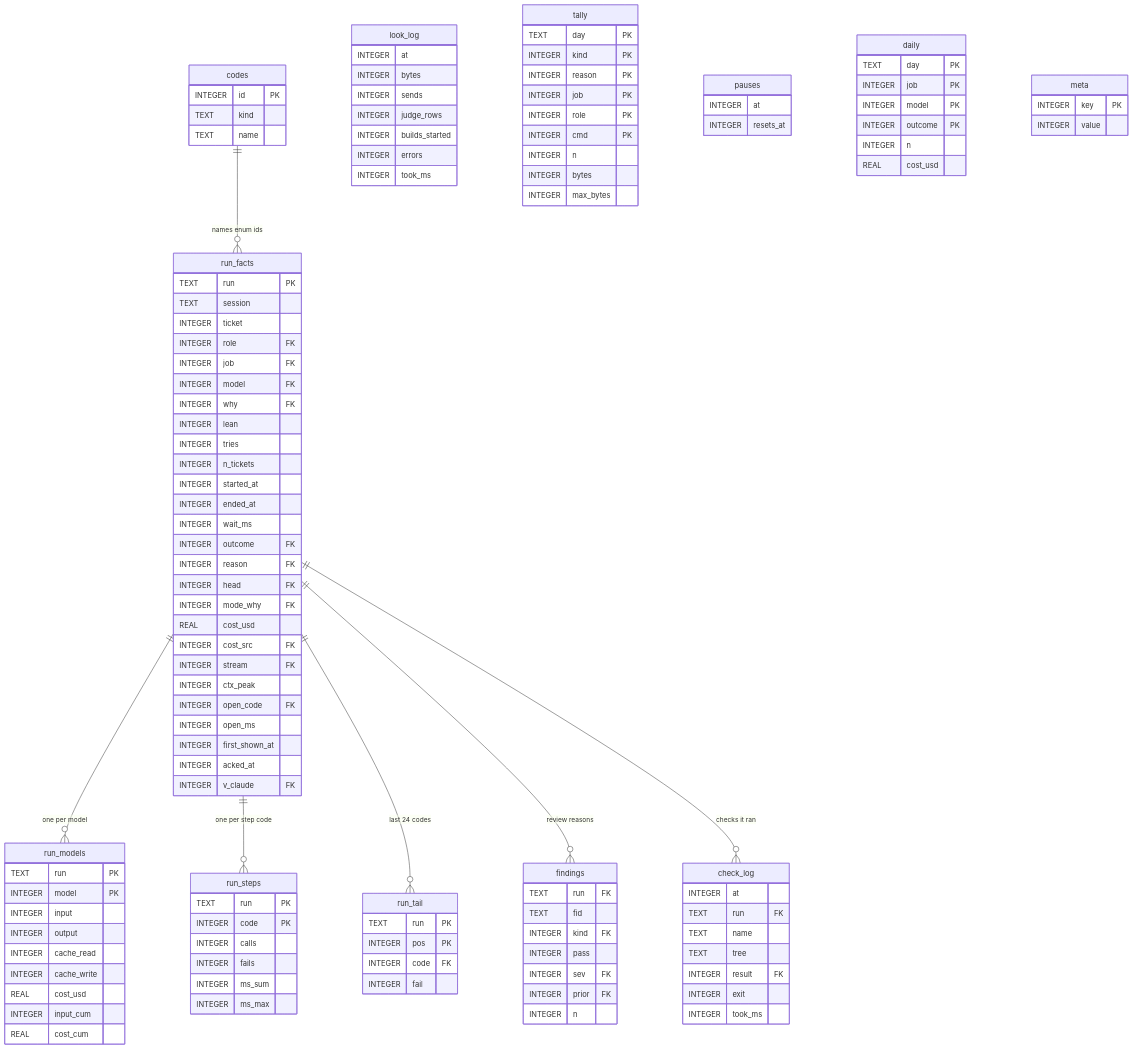
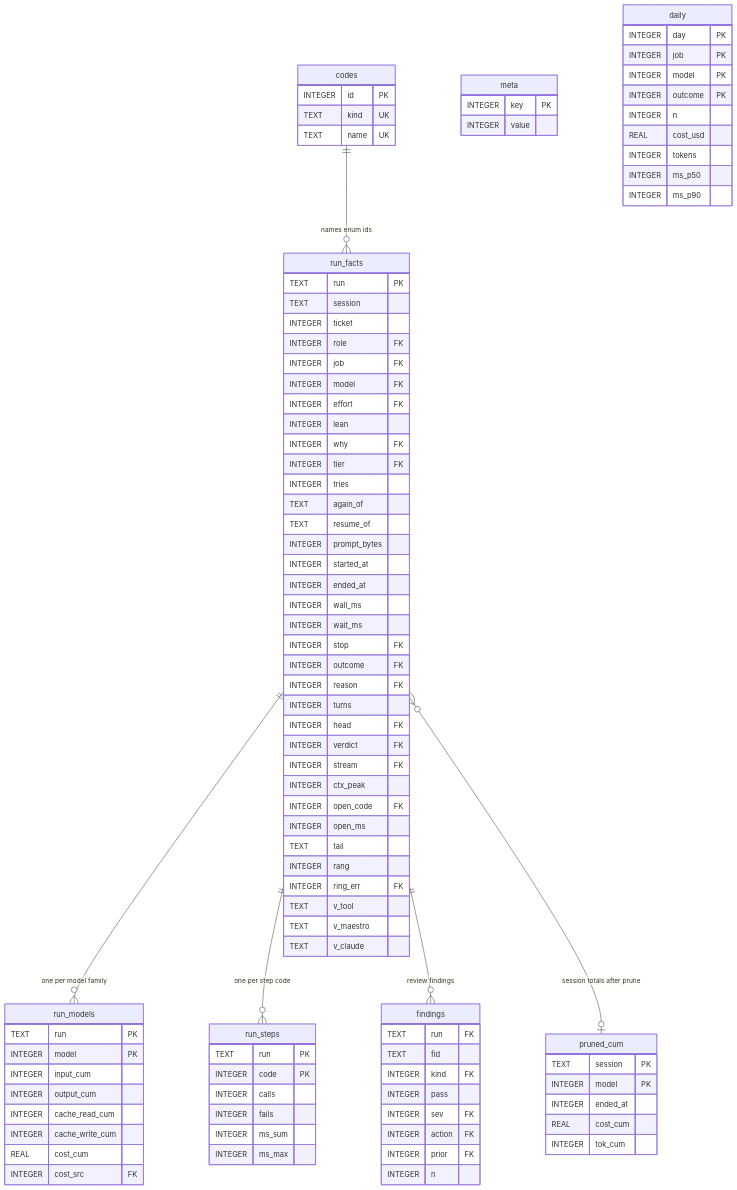
One commit to ProlesDei/maestro changed the fourth of 11 diagrams in docs/design/data-collection.md. Above: the diagram before and after it, drawn with Mermaid. The commit also changed other lines of this file and 3 other files, not shown here.

````diff
--- a/docs/design/data-collection.md
+++ b/docs/design/data-collection.md
@@ -355,15 +360,18 @@
 ```mermaid
 erDiagram
   codes ||--o{ run_facts : "names enum ids"
-  run_facts ||--o{ run_models : "one per model"
+  run_facts ||--o{ run_models : "one per model family"
   run_facts ||--o{ run_steps : "one per step code"
-  run_facts ||--o{ run_tail : "last 24 codes"
-  run_facts ||--o{ findings : "review reasons"
-  run_facts ||--o{ check_log : "checks it ran"
+  run_facts ||--o{ findings : "review findings"
+  run_facts }o--o| pruned_cum : "session totals after prune"
   codes {
     INTEGER id PK
-    TEXT kind
-    TEXT name
+    TEXT kind UK
+    TEXT name UK
+  }
+  meta {
+    INTEGER key PK
+    INTEGER value
   }
   run_facts {
     TEXT run PK
@@ -372,37 +380,44 @@
     INTEGER role FK
     INTEGER job FK
     INTEGER model FK
+    INTEGER effort FK
+    INTEGER lean
     INTEGER why FK
-    INTEGER lean
+    INTEGER tier FK
     INTEGER tries
-    INTEGER n_tickets
+    TEXT again_of
+    TEXT resume_of
+    INTEGER prompt_bytes
     INTEGER started_at
     INTEGER ended_at
+    INTEGER wall_ms
     INTEGER wait_ms
+    INTEGER stop FK
     INTEGER outcome FK
     INTEGER reason FK
+    INTEGER turns
     INTEGER head FK
-    INTEGER mode_why FK
-    REAL cost_usd
-    INTEGER cost_src FK
+    INTEGER verdict FK
     INTEGER stream FK
     INTEGER ctx_peak
     INTEGER open_code FK
     INTEGER open_ms
-    INTEGER first_shown_at
-    INTEGER acked_at
-    INTEGER v_claude FK
+    TEXT tail
+    INTEGER rang
+    INTEGER ring_err FK
+    TEXT v_tool
+    TEXT v_maestro
+    TEXT v_claude
   }
   run_models {
     TEXT run PK
     INTEGER model PK
-    INTEGER input
-    INTEGER output
-    INTEGER cache_read
-    INTEGER cache_write
-    REAL cost_usd
     INTEGER input_cum
+    INTEGER output_cum
+    INTEGER cache_read_cum
+    INTEGER cache_write_cum
     REAL cost_cum
+    INTEGER cost_src FK
   }
   run_steps {
     TEXT run PK
@@ -412,64 +427,32 @@
     INTEGER ms_sum
     INTEGER ms_max
   }
-  run_tail {
-    TEXT run PK
-    INTEGER pos PK
-    INTEGER code FK
-    INTEGER fail
-  }
   findings {
     TEXT run FK
     TEXT fid
     INTEGER kind FK
     INTEGER pass
     INTEGER sev FK
+    INTEGER action FK
     INTEGER prior FK
     INTEGER n
   }
-  check_log {
-    INTEGER at
-    TEXT run FK
-    TEXT name
-    TEXT tree
-    INTEGER result FK
-    INTEGER exit
-    INTEGER took_ms
-  }
-  look_log {
-    INTEGER at
-    INTEGER bytes
-    INTEGER sends
-    INTEGER judge_rows
-    INTEGER builds_started
-    INTEGER errors
-    INTEGER took_ms
-  }
-  tally {
-    TEXT day PK
-    INTEGER kind PK
-    INTEGER reason PK
-    INTEGER job PK
-    INTEGER role PK
-    INTEGER cmd PK
-    INTEGER n
-    INTEGER bytes
-    INTEGER max_bytes
-  }
-  pauses {
-    INTEGER at
-    INTEGER resets_at
-  }
   daily {
-    TEXT day PK
+    INTEGER day PK
     INTEGER job PK
     INTEGER model PK
     INTEGER outcome PK
     INTEGER n
     REAL cost_usd
+    INTEGER tokens
+    INTEGER ms_p50
+    INTEGER ms_p90
   }
-  meta {
-    INTEGER key PK
-    INTEGER value
+  pruned_cum {
+    TEXT session PK
+    INTEGER model PK
+    INTEGER ended_at
+    REAL cost_cum
+    INTEGER tok_cum
   }
 ```
````
